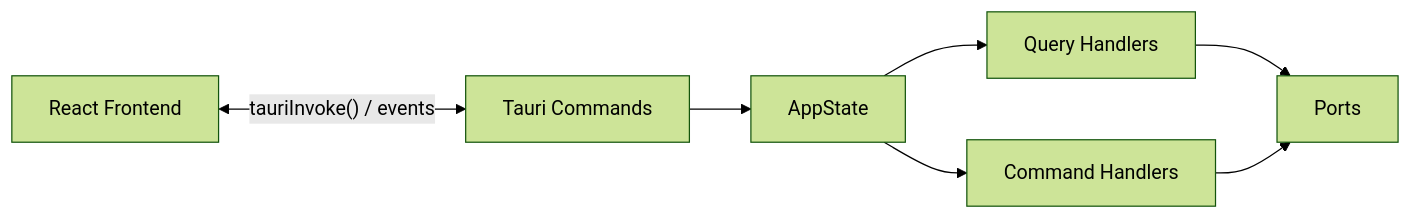
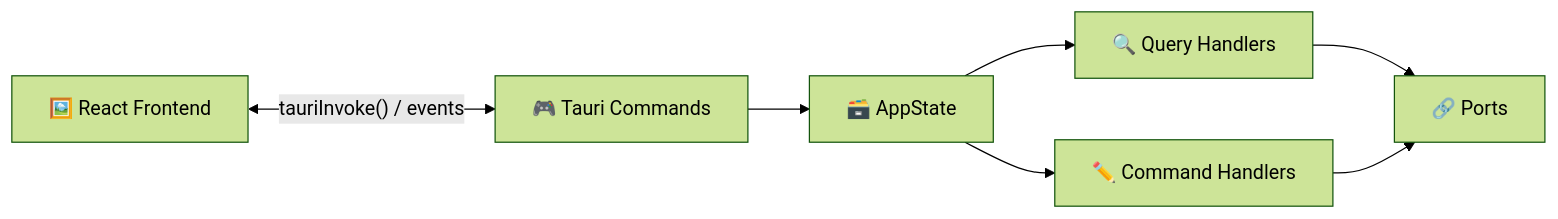
Before and after one commit to muchiny/wsl-dashboard: the diagram in src-tauri/src/presentation/README.md, drawn with Mermaid (forest theme). The commit also changed other lines of this file and 14 other files, not shown here.

First line of the commit message:
chore: bump version to 1.0.1, enrich READMEs with emojis and mermaid diagrams

````diff
--- a/src-tauri/src/presentation/README.md
+++ b/src-tauri/src/presentation/README.md
@@ -11,9 +11,9 @@
 ```mermaid
 graph LR
-    FE["React Frontend"] <-->|"tauriInvoke() / events"| CMD["Tauri Commands"]
-    CMD --> AS["AppState"]
-    AS --> QH["Query Handlers"]
-    AS --> CH["Command Handlers"]
-    QH --> P["Ports"]
+    FE["🖼️ React Frontend"] <-->|"tauriInvoke() / events"| CMD["🎮 Tauri Commands"]
+    CMD --> AS["🗃️ AppState"]
+    AS --> QH["🔍 Query Handlers"]
+    AS --> CH["✏️ Command Handlers"]
+    QH --> P["🔗 Ports"]
     CH --> P
 ```
````
